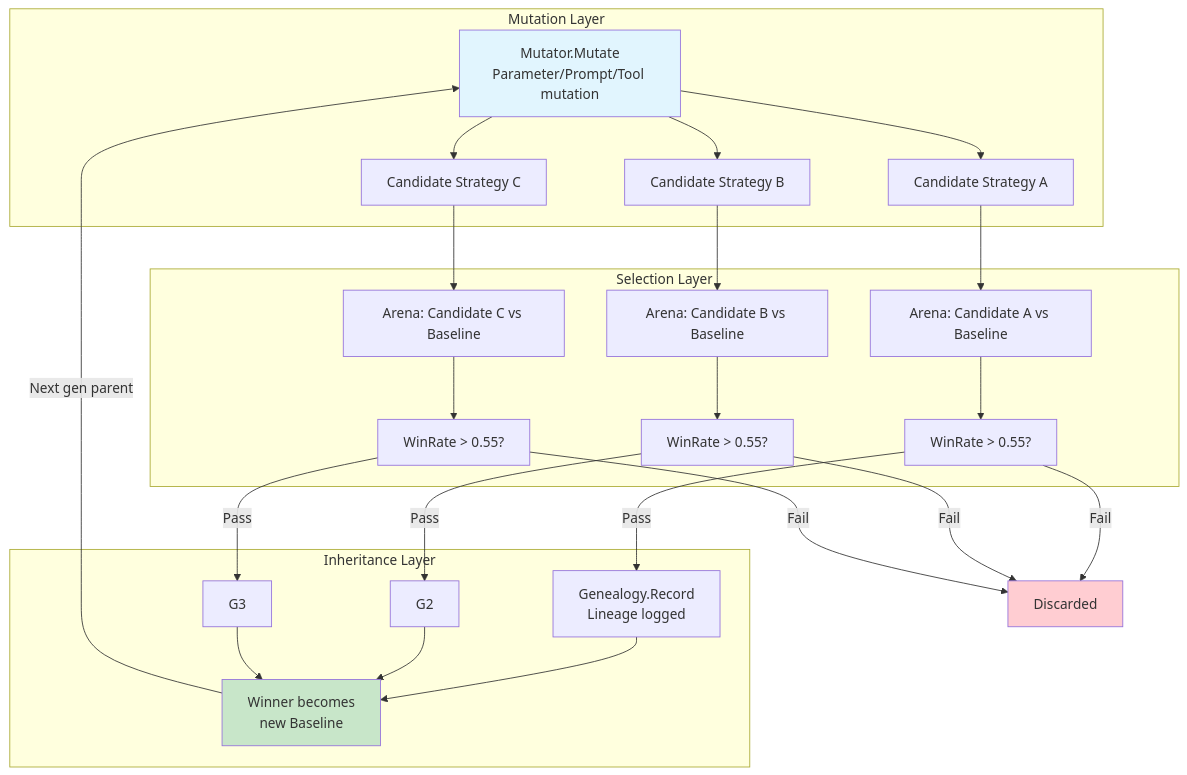
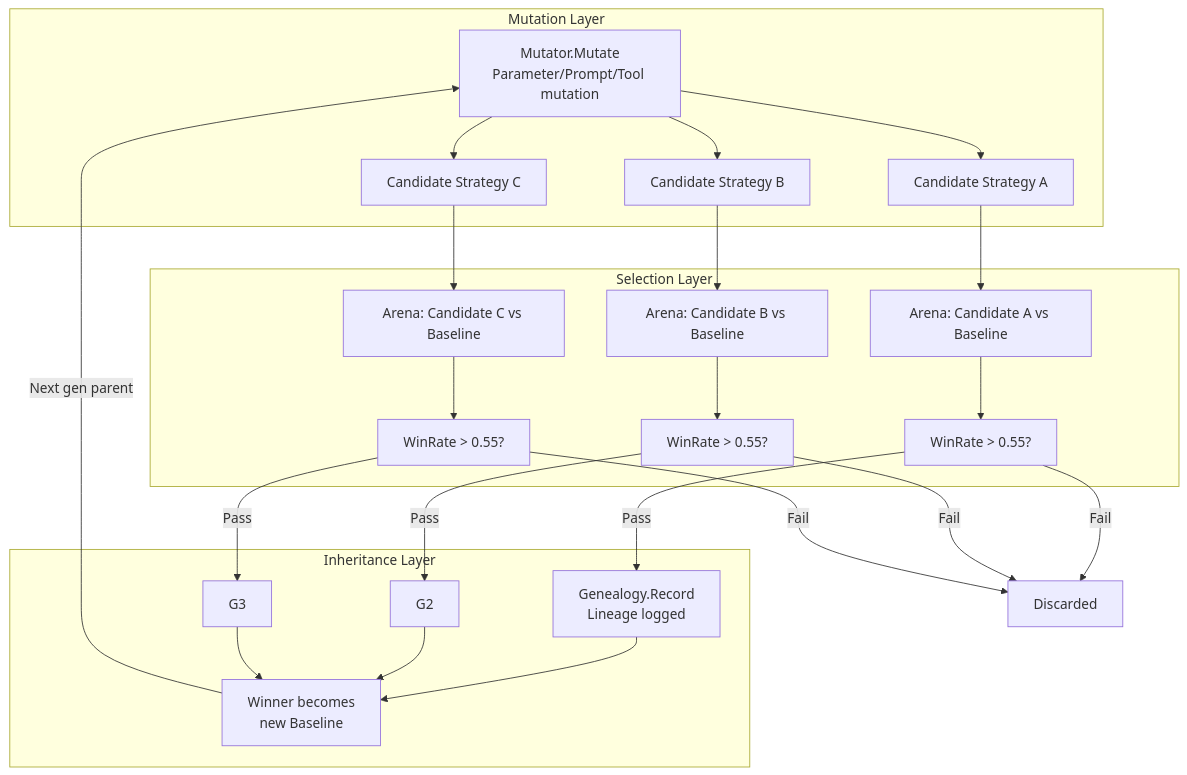
The first of 9 diagrams in content/log/ARES/11-autonomous-evolution-deep-dive.md (Timwood0x10/myblog), drawn with Mermaid before and after one commit. The commit also changed other lines of this file and 11 other files, not shown here.

Commit message:
refactor(theme): unify Mermaid chart theme styles

````diff
--- a/content/log/ARES/11-autonomous-evolution-deep-dive.md
+++ b/content/log/ARES/11-autonomous-evolution-deep-dive.md
@@ -98,39 +98,36 @@
 ```mermaid
 graph TD
     subgraph "Mutation Layer"
         M[Mutator.Mutate<br/>Parameter/Prompt/Tool mutation]
         M --> C1[Candidate Strategy A]
         M --> C2[Candidate Strategy B]
         M --> C3[Candidate Strategy C]
     end
 
     subgraph "Selection Layer"
         A1[Arena: Candidate A vs Baseline]
         A2[Arena: Candidate B vs Baseline]
         A3[Arena: Candidate C vs Baseline]
         C1 --> A1
         C2 --> A2
         C3 --> A3
         A1 --> WR1[WinRate > 0.55?]
         A2 --> WR2[WinRate > 0.55?]
         A3 --> WR3[WinRate > 0.55?]
     end
 
     subgraph "Inheritance Layer"
         WR1 --> |Pass| G1[Genealogy.Record<br/>Lineage logged]
         WR2 --> |Pass| G2
         WR3 --> |Pass| G3
         G1 --> WIN[Winner becomes<br/>new Baseline]
         G2 --> WIN
         G3 --> WIN
         WIN --> |Next gen parent| M
     end
 
     WR1 --> |Fail| DISCARD[Discarded]
     WR2 --> |Fail| DISCARD
     WR3 --> |Fail| DISCARD
 
-    style M fill:#e1f5fe
-    style WIN fill:#c8e6c9
-    style DISCARD fill:#ffcdd2
 ```
````
